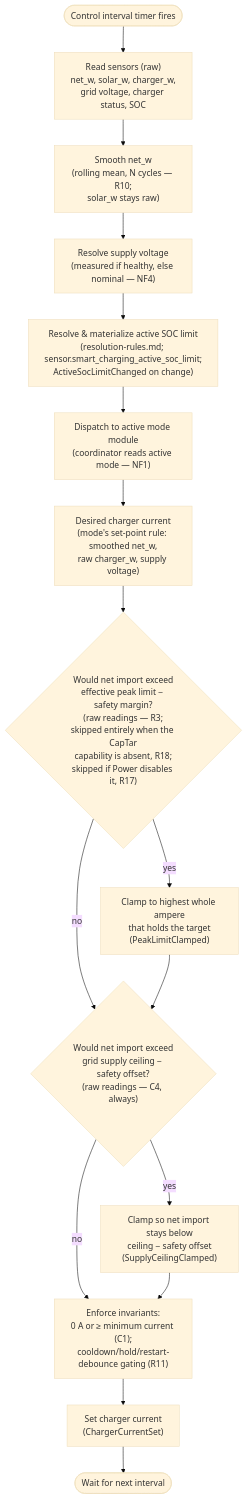
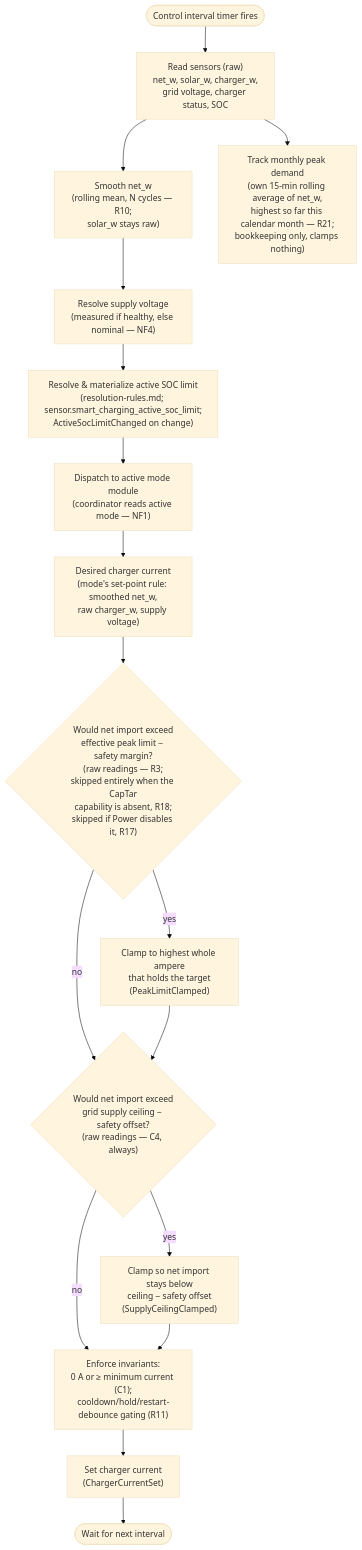
The diagram in docs/analysis/control-cycle.md (kristofdegrave/homeassistant-smart-charging), drawn with Mermaid (base theme) before and after one commit. The commit also changed other lines of this file and 5 other files, not shown here.

First line of the commit message:
requirement: R21 — monthly peak demand tracking

````diff
--- a/docs/analysis/control-cycle.md
+++ b/docs/analysis/control-cycle.md
@@ -60,18 +63,19 @@
 ```mermaid
 flowchart TD
     Timer(["Control interval timer fires"]) --> Read["Read sensors (raw)<br/>net_w, solar_w, charger_w,<br/>grid voltage, charger status, SOC"]
     Read --> Smooth["Smooth net_w<br/>(rolling mean, N cycles — R10;<br/>solar_w stays raw)"]
+    Read --> PeakTrack["Track monthly peak demand<br/>(own 15-min rolling average of net_w,<br/>highest so far this calendar month — R21;<br/>bookkeeping only, clamps nothing)"]
     Smooth --> Volt["Resolve supply voltage<br/>(measured if healthy, else nominal — NF4)"]
     Volt --> SocLimit["Resolve & materialize active SOC limit<br/>(resolution-rules.md; sensor.smart_charging_active_soc_limit;<br/>ActiveSocLimitChanged on change)"]
     SocLimit --> Dispatch["Dispatch to active mode module<br/>(coordinator reads active mode — NF1)"]
     Dispatch --> Desired["Desired charger current<br/>(mode's set-point rule: smoothed net_w,<br/>raw charger_w, supply voltage)"]
     Desired --> Peak{"Would net import exceed<br/>effective peak limit − safety margin?<br/>(raw readings — R3;<br/>skipped entirely when the CapTar<br/>capability is absent, R18;<br/>skipped if Power disables it, R17)"}
     Peak -->|yes| Clamp["Clamp to highest whole ampere<br/>that holds the target<br/>(PeakLimitClamped)"]
     Peak -->|no| Ceiling
     Clamp --> Ceiling{"Would net import exceed<br/>grid supply ceiling − safety offset?<br/>(raw readings — C4, always)"}
     Ceiling -->|yes| CeilingClamp["Clamp so net import stays below<br/>ceiling − safety offset<br/>(SupplyCeilingClamped)"]
     Ceiling -->|no| Invariant
     CeilingClamp --> Invariant["Enforce invariants:<br/>0 A or ≥ minimum current (C1);<br/>cooldown/hold/restart-debounce gating (R11)"]
     Invariant --> Set["Set charger current<br/>(ChargerCurrentSet)"]
     Set --> Wait(["Wait for next interval"])
 ```
````
